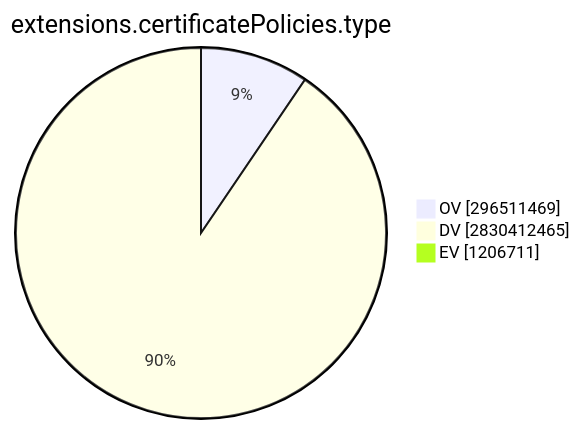
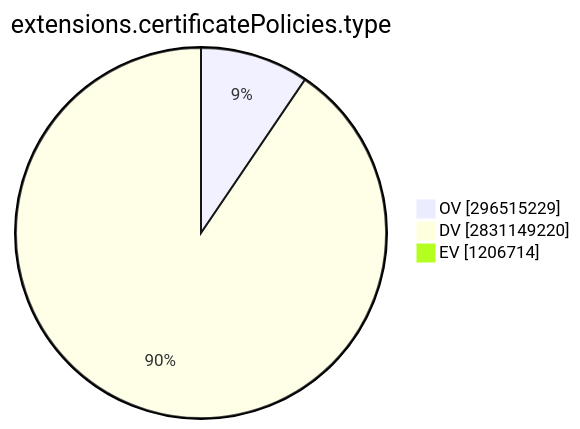
Before and after one commit to christiankrug/ctmonitor_visualization: the ninth of 15 diagrams in TOTAL/README.md, drawn with Mermaid. The commit also changed other lines of this file, not shown here.

````diff
--- a/TOTAL/README.md
+++ b/TOTAL/README.md
@@ -3099,7 +3099,7 @@
 ```mermaid
 pie showData
 title extensions.certificatePolicies.type
-"OV" :296511469
-"DV" :2830412465
-"EV" :1206711
+"OV" :296515229
+"DV" :2831149220
+"EV" :1206714
 ```
````
